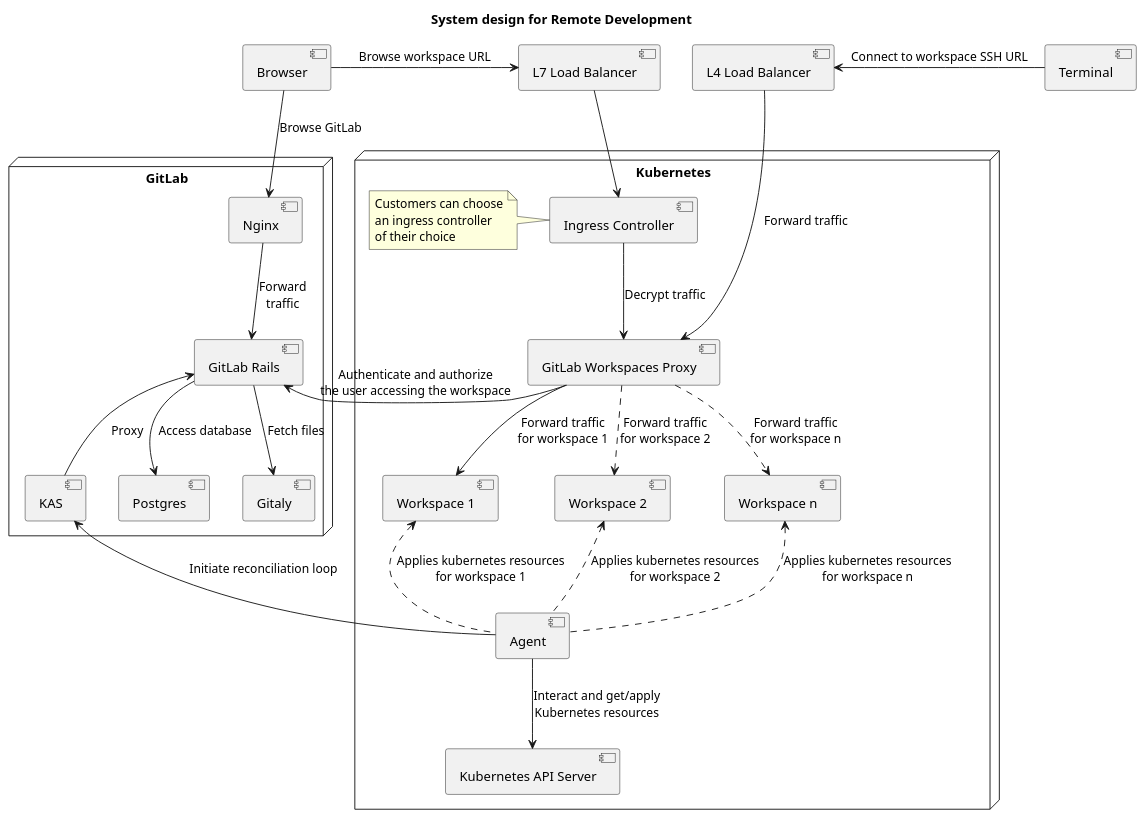
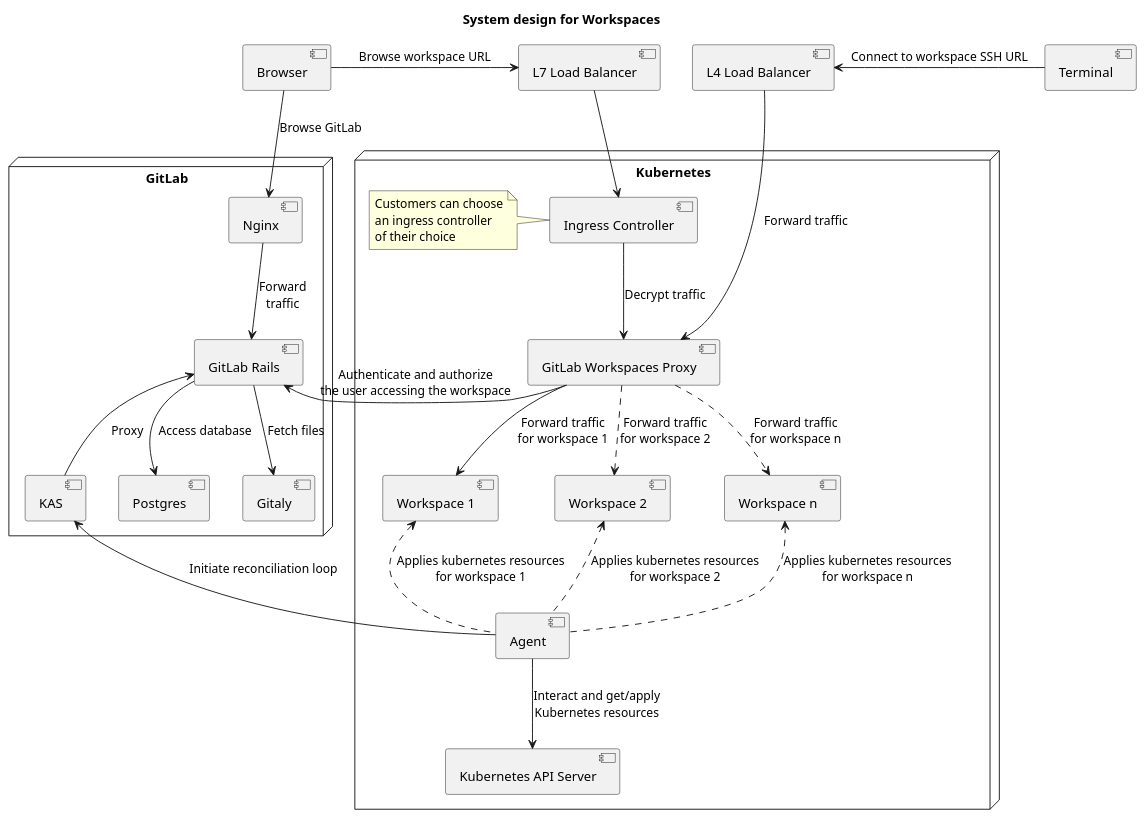
The first of 8 diagrams in content/handbook/engineering/architecture/design-documents/workspaces/_index.md (zalyoung/gitlab-handbook), drawn with PlantUML before and after one commit. The commit also changed other lines of this file, not shown here.

````diff
--- a/content/handbook/engineering/architecture/design-documents/workspaces/_index.md
+++ b/content/handbook/engineering/architecture/design-documents/workspaces/_index.md
@@ -167,45 +167,45 @@
 ```plantuml
 @startuml
 
 title
-  System design for Remote Development
+  System design for Workspaces
 end title
 
 node "Kubernetes" {
   [Ingress Controller] --> [GitLab Workspaces Proxy] : Decrypt traffic
 
   note left of "Ingress Controller"
     Customers can choose
     an ingress controller
     of their choice
   end note
 
   [GitLab Workspaces Proxy] ..> [Workspace n] : Forward traffic\nfor workspace n
   [GitLab Workspaces Proxy] ..> [Workspace 2] : Forward traffic\nfor workspace 2
   [GitLab Workspaces Proxy] --> [Workspace 1] : Forward traffic\nfor workspace 1
 
   [Agent] .up.> [Workspace n] : Applies kubernetes resources\nfor workspace n
   [Agent] .up.> [Workspace 2] : Applies kubernetes resources\nfor workspace 2
   [Agent] .up.> [Workspace 1] : Applies kubernetes resources\nfor workspace 1
 
   [Agent] --> [Kubernetes API Server] : Interact and get/apply\nKubernetes resources
 }
 
 node "GitLab" {
   [Nginx] --> [GitLab Rails] : Forward\ntraffic
   [GitLab Rails] --> [Postgres] : Access database
   [GitLab Rails] --> [Gitaly] : Fetch files
   [KAS] -up-> [GitLab Rails] : Proxy
 }
 
 [Agent] -up-> [KAS] : Initiate reconciliation loop
 [L7 Load Balancer] --> [Ingress Controller]
 [Browser] --> [Nginx] : Browse GitLab
 [Browser] -right-> [L7 Load Balancer] : Browse workspace URL
 [GitLab Workspaces Proxy] --> [GitLab Rails] : Authenticate and authorize\nthe user accessing the workspace
 [L7 Load Balancer] -right[hidden]-> [L4 Load Balancer]
 [L4 Load Balancer] --> [GitLab Workspaces Proxy] : Forward traffic
 [Terminal] -left-> [L4 Load Balancer] : Connect to workspace SSH URL
 
 @enduml
 ```
````
